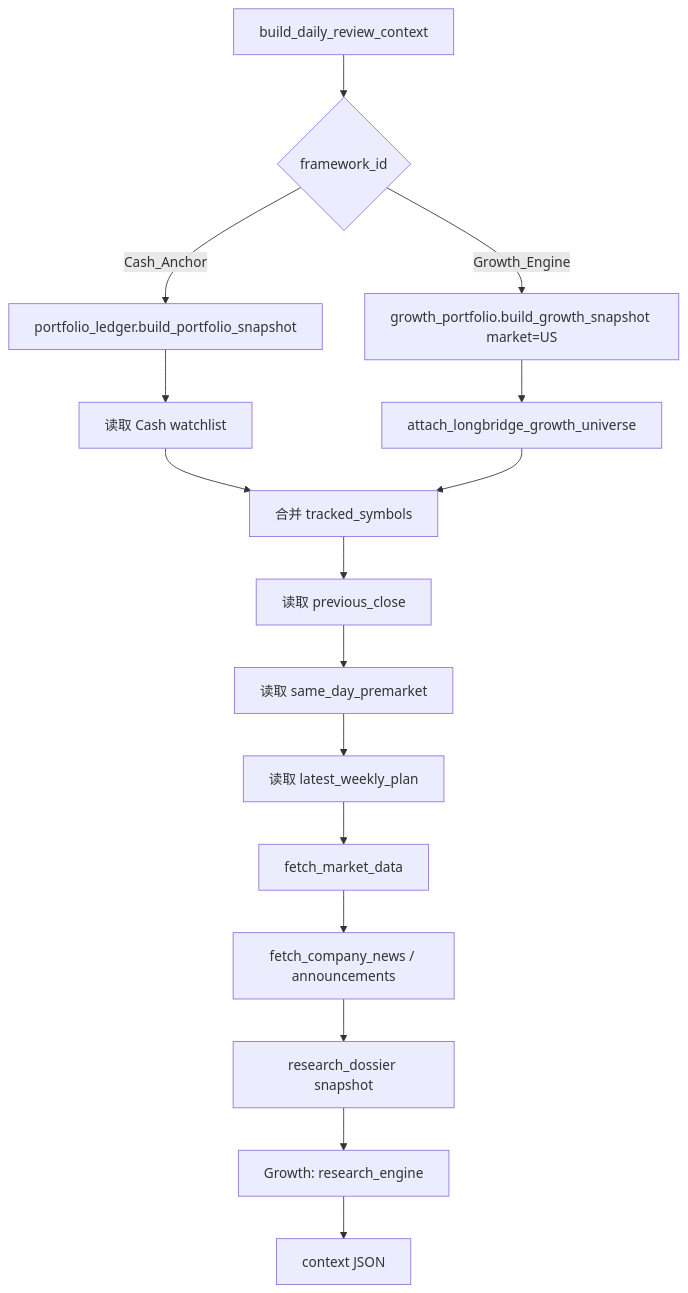
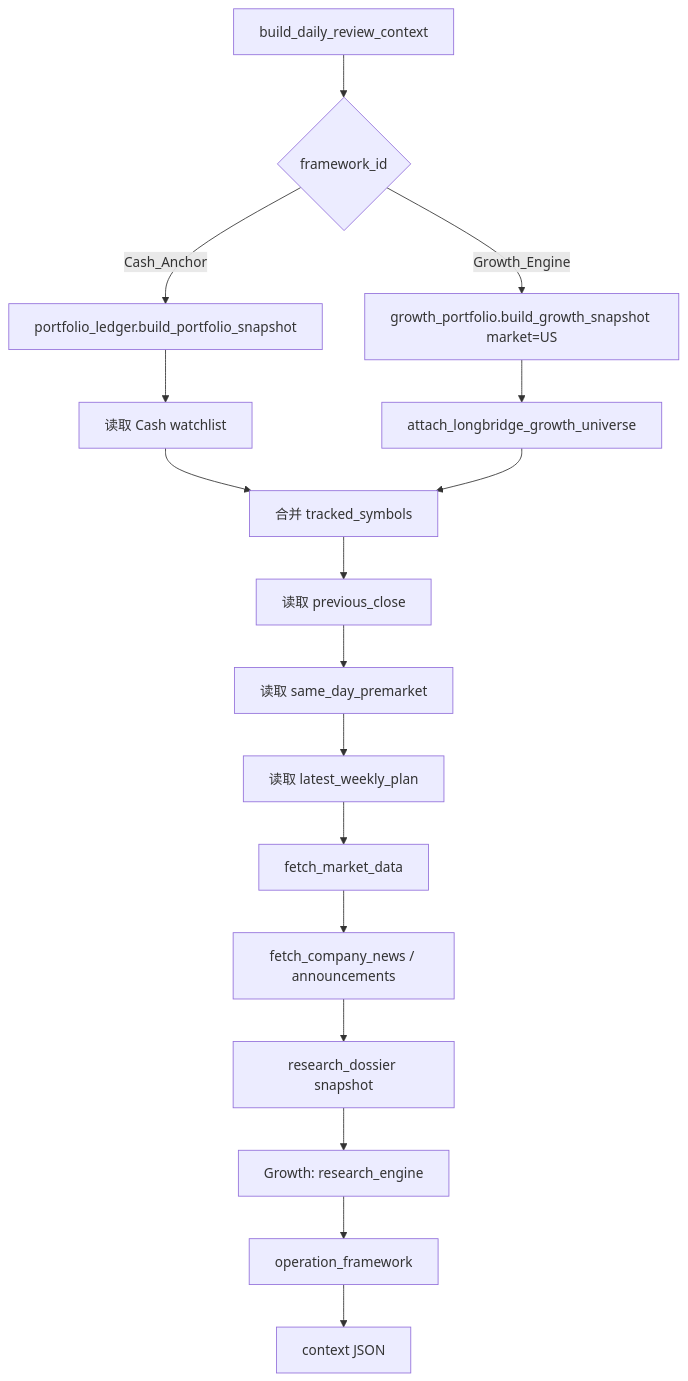
The seventh of 11 diagrams in docs/技术架构文档.md (dyccodehome/private-investment-butler), drawn with Mermaid before and after one commit. The commit also changed other lines of this file and 11 other files, not shown here.

Commit message:
Add operation framework MVP

````diff
--- a/docs/技术架构文档.md
+++ b/docs/技术架构文档.md
@@ -280,18 +343,19 @@
 ```mermaid
 flowchart TD
   A["build_daily_review_context"] --> B{"framework_id"}
   B -- "Cash_Anchor" --> C["portfolio_ledger.build_portfolio_snapshot"]
   B -- "Growth_Engine" --> D["growth_portfolio.build_growth_snapshot market=US"]
   C --> E["读取 Cash watchlist"]
   D --> F["attach_longbridge_growth_universe"]
   E --> G["合并 tracked_symbols"]
   F --> G
   G --> H["读取 previous_close"]
   H --> I["读取 same_day_premarket"]
   I --> J["读取 latest_weekly_plan"]
   J --> K["fetch_market_data"]
   K --> L["fetch_company_news / announcements"]
   L --> M["research_dossier snapshot"]
   M --> N["Growth: research_engine"]
-  N --> O["context JSON"]
+  N --> O["operation_framework"]
+  O --> P["context JSON"]
 ```
````
